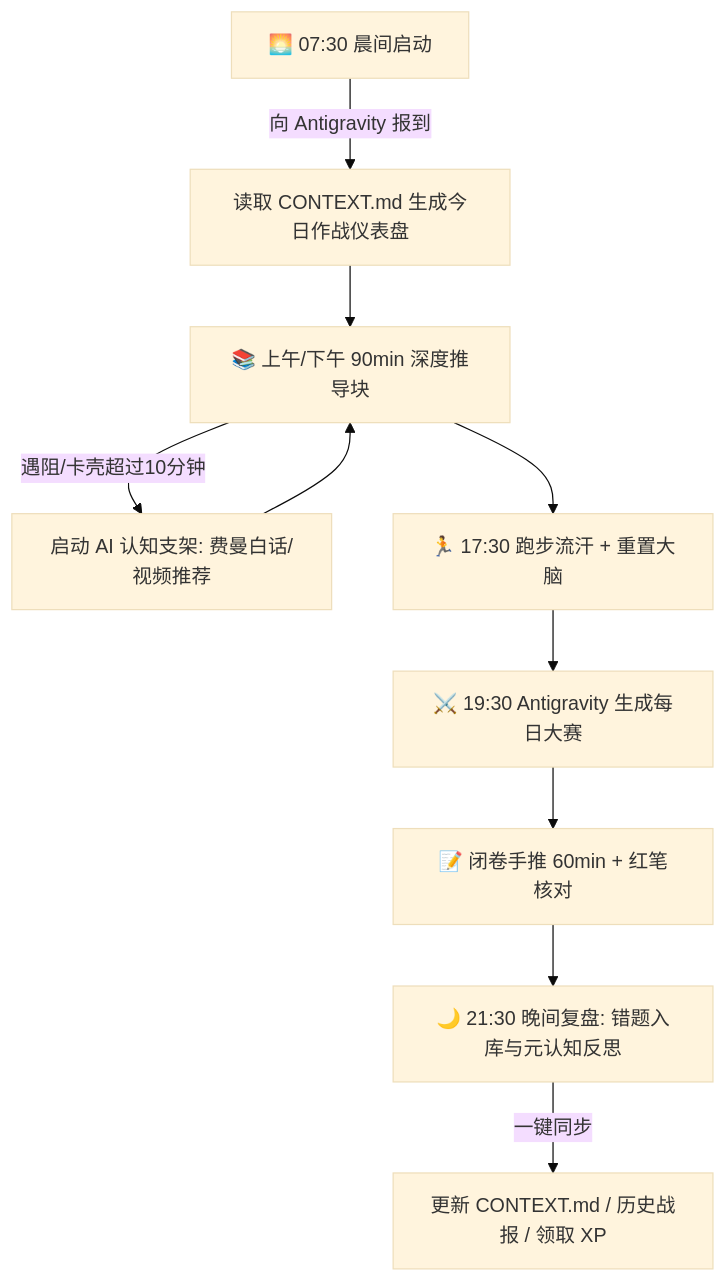
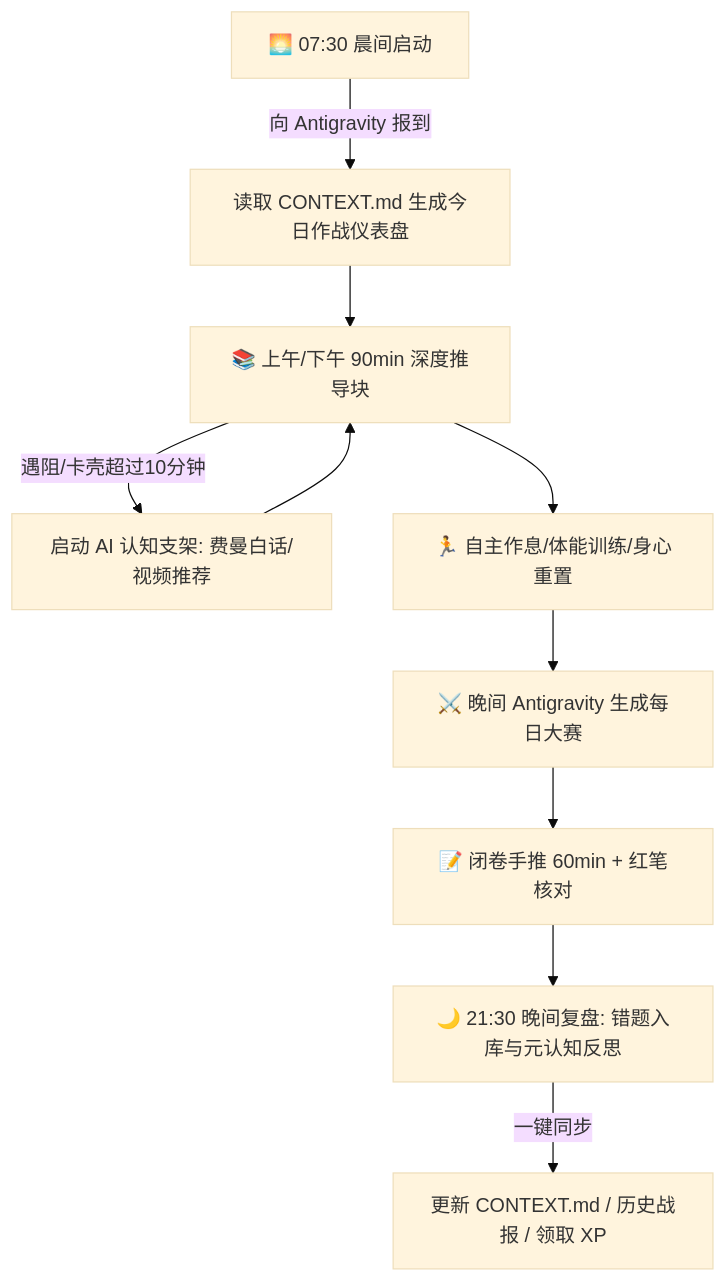
The diagram in 00_Dashboard_作战指挥中心/00_AI协作规范与日常工作流.md (jerry-pig/Jerry_Pig_GoGoGo), drawn with Mermaid (base theme) before and after one commit. The commit also changed 3 other files, not shown here.

````diff
--- a/00_Dashboard_作战指挥中心/00_AI协作规范与日常工作流.md
+++ b/00_Dashboard_作战指挥中心/00_AI协作规范与日常工作流.md
@@ -20,12 +20,12 @@
 ```mermaid
 flowchart TD
     A[🌅 07:30 晨间启动] -->|向 Antigravity 报到| B[读取 CONTEXT.md 生成今日作战仪表盘]
     B --> C[📚 上午/下午 90min 深度推导块]
     C -->|遇阻/卡壳超过10分钟| D[启动 AI 认知支架: 费曼白话/视频推荐]
     D --> C
-    C --> E[🏃 17:30 跑步流汗 + 重置大脑]
-    E --> F[⚔️ 19:30 Antigravity 生成每日大赛]
+    C --> E[🏃 自主作息/体能训练/身心重置]
+    E --> F[⚔️ 晚间 Antigravity 生成每日大赛]
     F --> G[📝 闭卷手推 60min + 红笔核对]
     G --> H[🌙 21:30 晚间复盘: 错题入库与元认知反思]
     H -->|一键同步| I[更新 CONTEXT.md / 历史战报 / 领取 XP]
 ```
````
